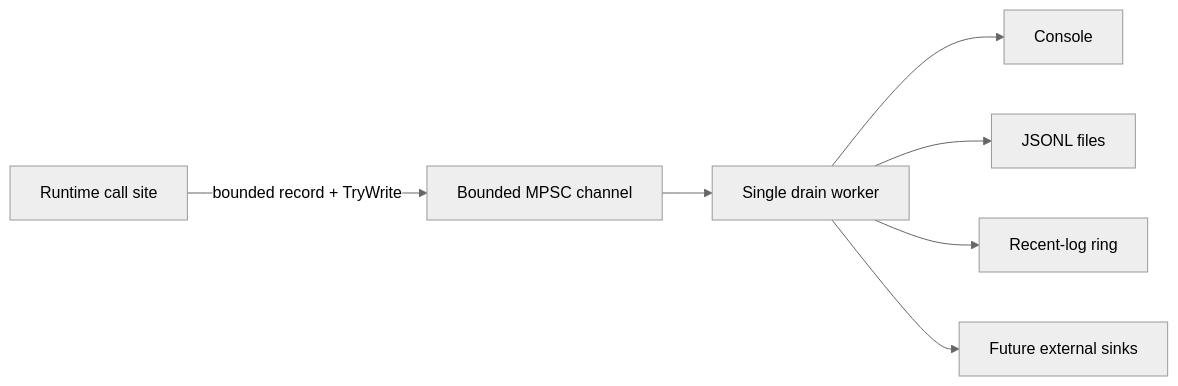
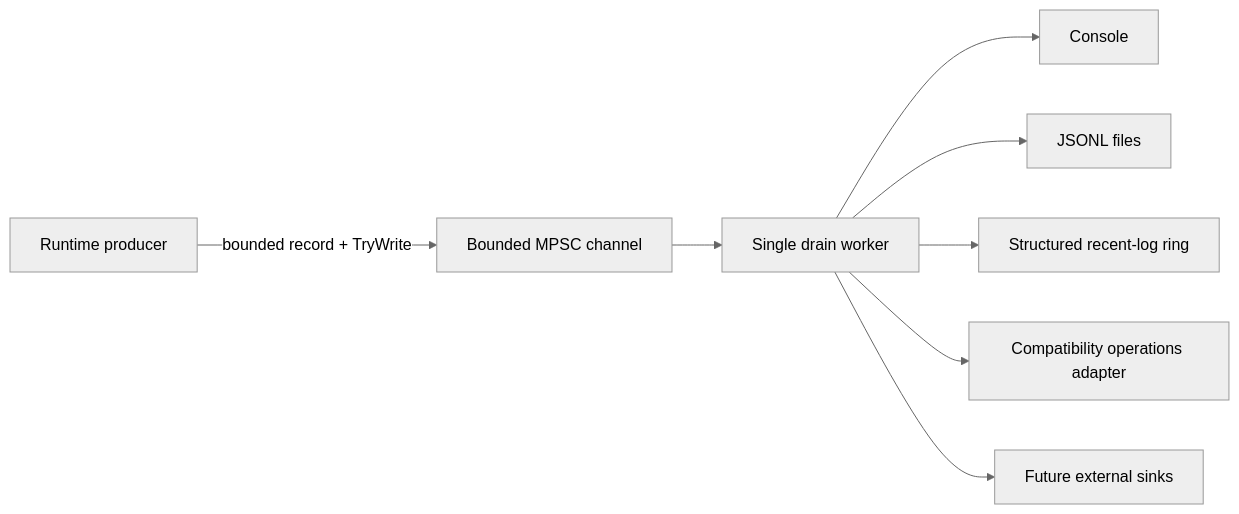
One commit to VegaKernel/TerraRuntime changed the diagram in docs/roadmap/runtime-logging-pipeline.md. Above: the diagram before and after it, drawn with Mermaid (neutral theme). The commit also changed other lines of this file and 5 other files, not shown here.

First line of the commit message:
Observability: route RuntimeHostLog through bounded pipeline

````diff
--- a/docs/roadmap/runtime-logging-pipeline.md
+++ b/docs/roadmap/runtime-logging-pipeline.md
@@ -20,9 +20,10 @@
 ```mermaid
 graph LR
-    A[Runtime call site] -->|bounded record + TryWrite| B[Bounded MPSC channel]
+    A[Runtime producer] -->|bounded record + TryWrite| B[Bounded MPSC channel]
     B --> C[Single drain worker]
     C --> D[Console]
     C --> E[JSONL files]
-    C --> F[Recent-log ring]
-    C --> G[Future external sinks]
+    C --> F[Structured recent-log ring]
+    C --> G[Compatibility operations adapter]
+    C --> H[Future external sinks]
 ```
````
